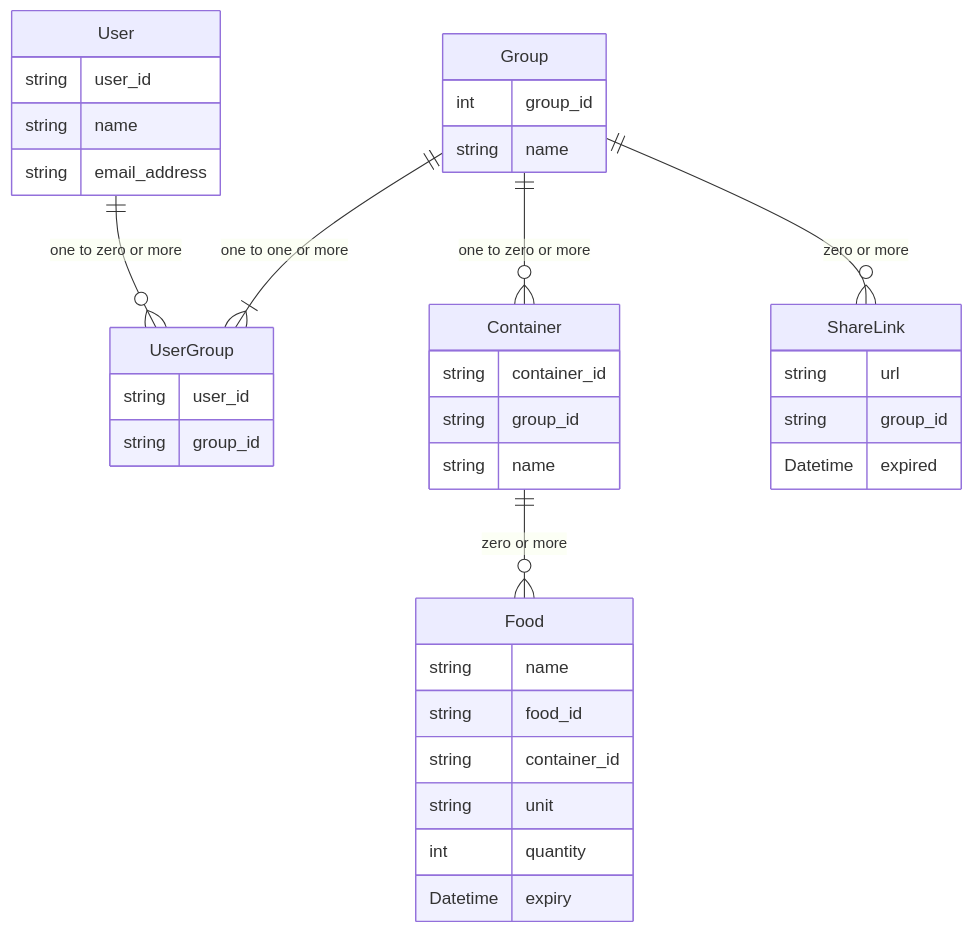
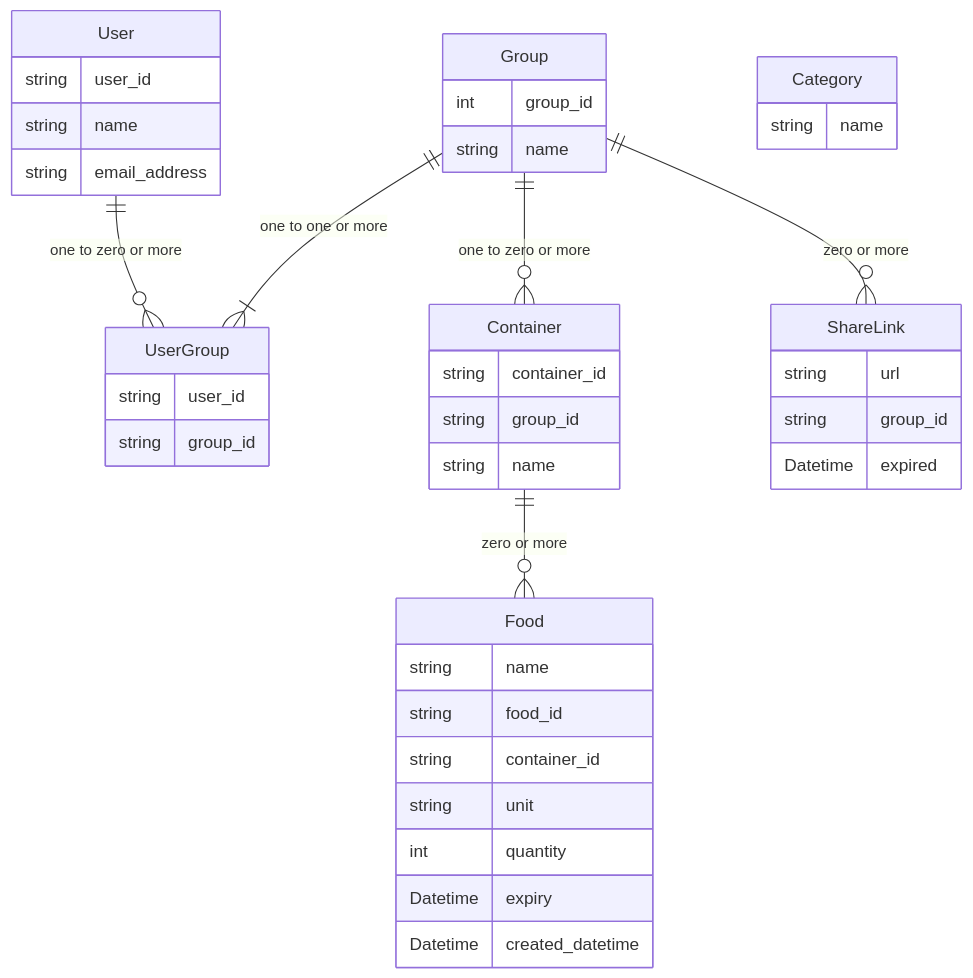
Before and after one commit to nishiki-tech/nishiki-documents: the diagram in project-document/docs/database/er-diagram.md, drawn with Mermaid. The commit also changed 1 other file, not shown here.

Commit message:
feature: updated a data structure

````diff
--- a/project-document/docs/database/er-diagram.md
+++ b/project-document/docs/database/er-diagram.md
@@ -3,48 +3,53 @@
 ```mermaid
 erDiagram
 
 User {
     string user_id
     string name
     string email_address
 }
 
 UserGroup {
     string user_id
     string group_id
 }
 
 Group {
     int group_id
     string name
 }
 
 Container {
     string container_id
     string group_id
     string name
 }
 
 Food {
     string name
     string food_id
     string container_id
     string unit
     int quantity
     Datetime expiry
+    Datetime created_datetime
 }
 
 ShareLink {
     string url
     string group_id
     Datetime expired
+}
+
+Category {
+    string name
 }
 
 User ||--o{ UserGroup : "one to zero or more"
 Group ||--|{ UserGroup : "one to one or more"
 Group ||--o{ Container : "one to zero or more"
 Container ||--o{ Food : "zero or more"
 Group ||--o{ ShareLink : "zero or more"
 
 
 ```
````
